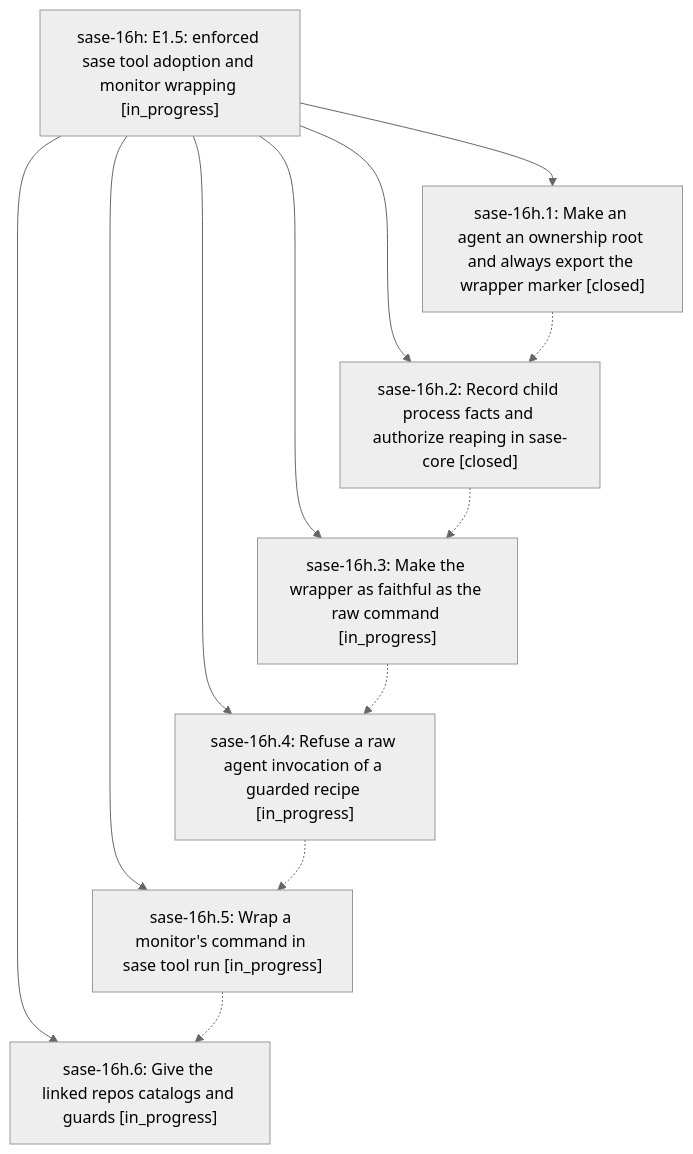
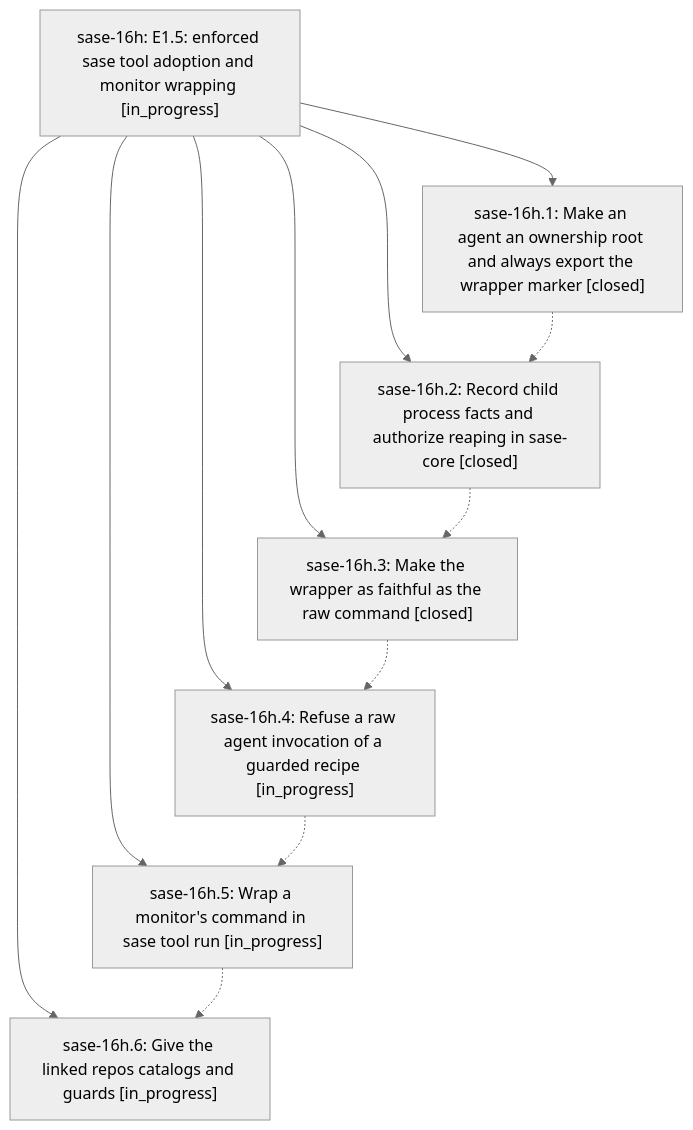
The diagram in pages/sase-16h/README.md (sase-org/sase--beads), drawn with Mermaid (neutral theme) before and after one commit. The commit also changed other lines of this file and 3 other files, not shown here.

````diff
--- a/pages/sase-16h/README.md
+++ b/pages/sase-16h/README.md
@@ -27,21 +27,21 @@
 ```mermaid
 flowchart TD
     n0["sase-16h: E1.5: enforced sase tool adoption and monitor wrapping [in_progress]"]
     n1["sase-16h.1: Make an agent an ownership root and always export the wrapper marker [closed]"]
     n2["sase-16h.2: Record child process facts and authorize reaping in sase-core [closed]"]
-    n3["sase-16h.3: Make the wrapper as faithful as the raw command [in_progress]"]
+    n3["sase-16h.3: Make the wrapper as faithful as the raw command [closed]"]
     n4["sase-16h.4: Refuse a raw agent invocation of a guarded recipe [in_progress]"]
     n5["sase-16h.5: Wrap a monitor's command in sase tool run [in_progress]"]
     n6["sase-16h.6: Give the linked repos catalogs and guards [in_progress]"]
     n0 --> n1
     n0 --> n2
     n0 --> n3
     n0 --> n4
     n0 --> n5
     n0 --> n6
     n1 -.-> n2
     n2 -.-> n3
     n3 -.-> n4
     n4 -.-> n5
     n5 -.-> n6
 ```
````
